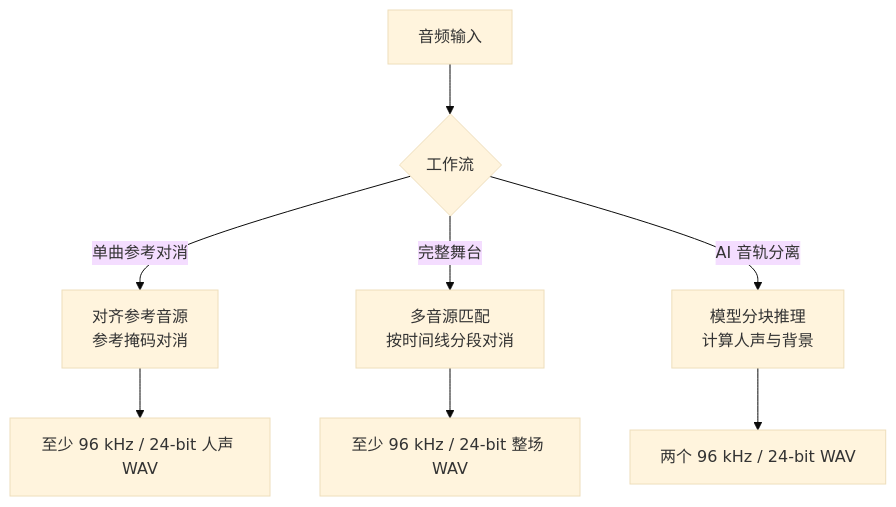
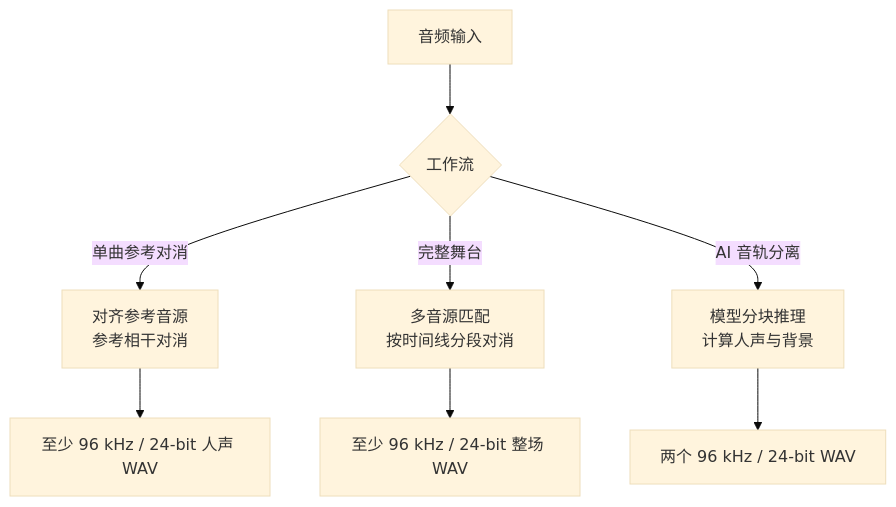
The third of 3 diagrams in docs/architecture.md (ChouChiu/Purivox), drawn with Mermaid (base theme) before and after one commit. The commit also changed 11 other files, not shown here.

````diff
--- a/docs/architecture.md
+++ b/docs/architecture.md
@@ -97,10 +97,10 @@
 ```mermaid
 flowchart TB
     input["音频输入"] --> choice{"工作流"}
-    choice -->|单曲参考对消| mr["对齐参考音源<br/>参考掩码对消"]
+    choice -->|单曲参考对消| mr["对齐参考音源<br/>参考相干对消"]
     choice -->|完整舞台| stage["多音源匹配<br/>按时间线分段对消"]
     choice -->|AI 音轨分离| ai["模型分块推理<br/>计算人声与背景"]
     mr --> mrout["至少 96 kHz / 24-bit 人声 WAV"]
     stage --> stageout["至少 96 kHz / 24-bit 整场 WAV"]
     ai --> aiout["两个 96 kHz / 24-bit WAV"]
 ```
````
